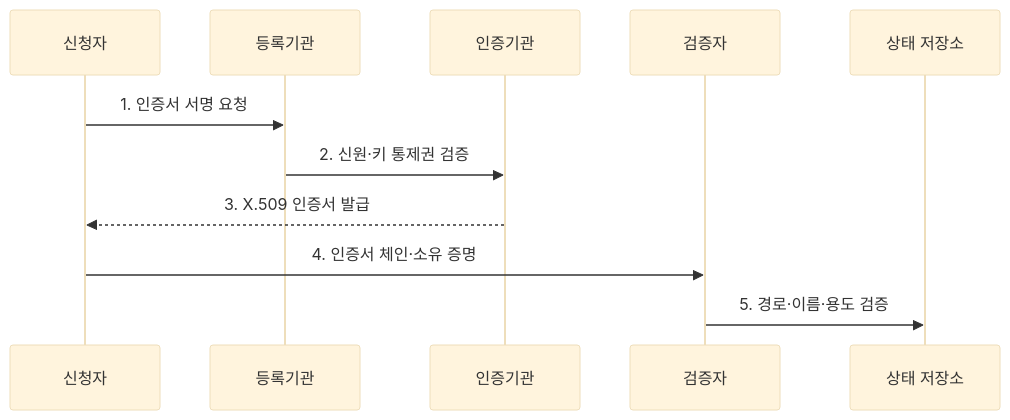
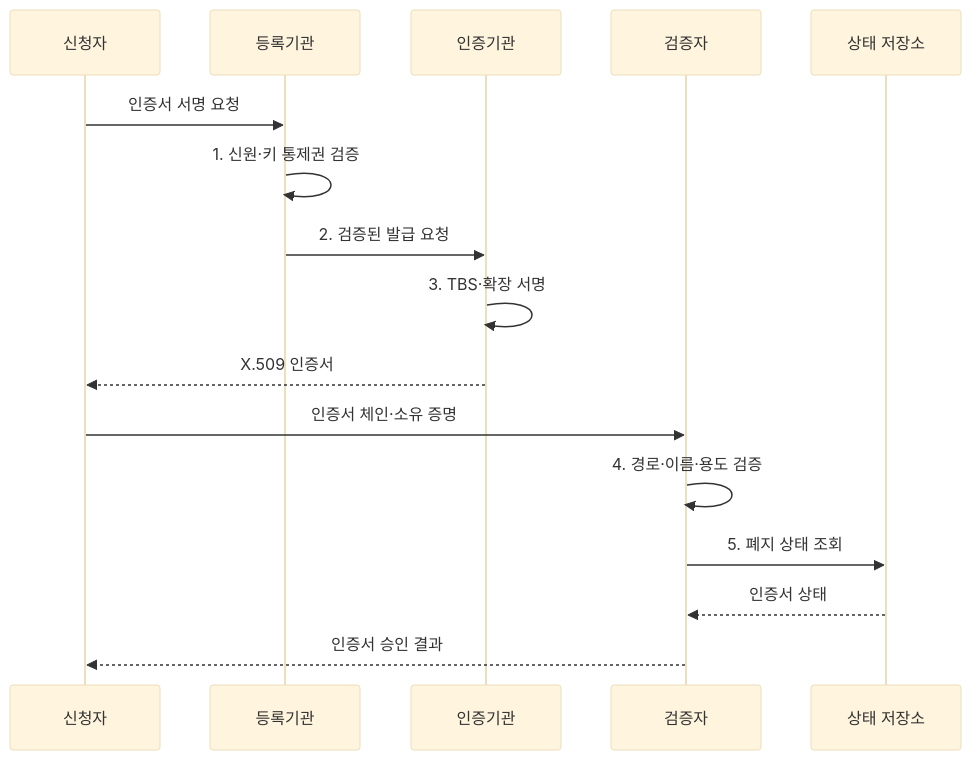
The second of 2 diagrams in src/content/docs/notes/05-security/008_x509_certificate.md (agnusdei1207/knowledge-base), drawn with Mermaid (base theme) before and after one commit. The commit also changed other lines of this file and 20 other files, not shown here.

````diff
--- a/src/content/docs/notes/05-security/008_x509_certificate.md
+++ b/src/content/docs/notes/05-security/008_x509_certificate.md
@@ -92,13 +93,18 @@
 ```mermaid
 sequenceDiagram
     participant S as 신청자
     participant A as 등록기관
     participant C as 인증기관
     participant V as 검증자
     participant R as 상태 저장소
-    S->>A: 1. 인증서 서명 요청
-    A->>C: 2. 신원·키 통제권 검증
-    C-->>S: 3. X.509 인증서 발급
-    S->>V: 4. 인증서 체인·소유 증명
-    V->>R: 5. 경로·이름·용도 검증
+    S->>A: 인증서 서명 요청
+    A->>A: 1. 신원·키 통제권 검증
+    A->>C: 2. 검증된 발급 요청
+    C->>C: 3. TBS·확장 서명
+    C-->>S: X.509 인증서
+    S->>V: 인증서 체인·소유 증명
+    V->>V: 4. 경로·이름·용도 검증
+    V->>R: 5. 폐지 상태 조회
+    R-->>V: 인증서 상태
+    V-->>S: 인증서 승인 결과
 ```
````
